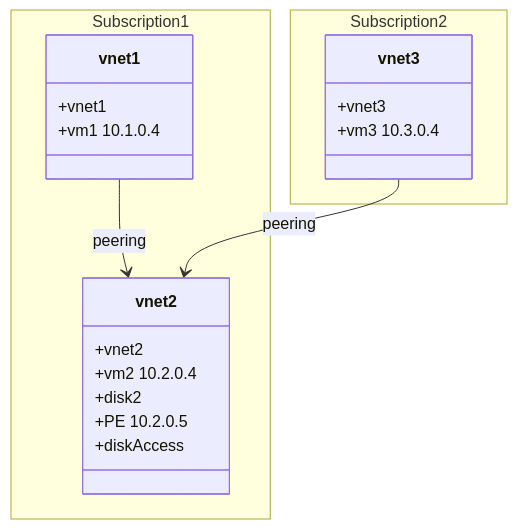
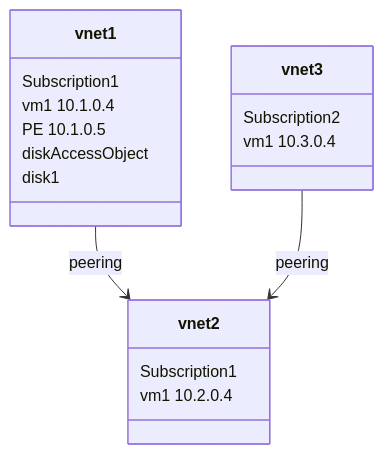
Before and after one commit to cpinotossi/cptdazbackup: the diagram in README.md, drawn with Mermaid. The commit also changed other lines of this file, not shown here.

Commit message:
working disk access object demo

```diff
--- a/README.md
+++ b/README.md
@@ -41,24 +45,14 @@
 ~~~mermaid
 classDiagram 
-vnet1 --> vnet2: peering
-vnet3 --> vnet2: peering
-namespace Subscription1 {
-  class vnet1{
-    +vnet1
-    +vm1 10.1.0.4
-  }
-  class vnet2{
-    +vnet2
-    +vm2 10.2.0.4
-    +disk2
-    +PE 10.2.0.5
-    +diskAccess
-  } 
-}
-namespace Subscription2 {
-  class vnet3{
-    +vnet3
-    +vm3 10.3.0.4
-  }
-}
+vnet1-->vnet2: peering
+vnet3-->vnet2: peering
+vnet1: Subscription1
+vnet1: vm1 10.1.0.4
+vnet1: PE 10.1.0.5
+vnet1: diskAccessObject
+vnet1: disk1
+vnet2: Subscription1
+vnet2: vm1 10.2.0.4
+vnet3: Subscription2
+vnet3: vm1 10.3.0.4
 ~~~
```
